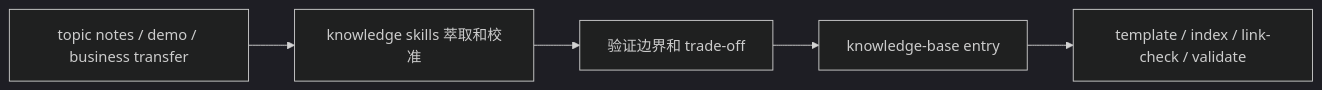
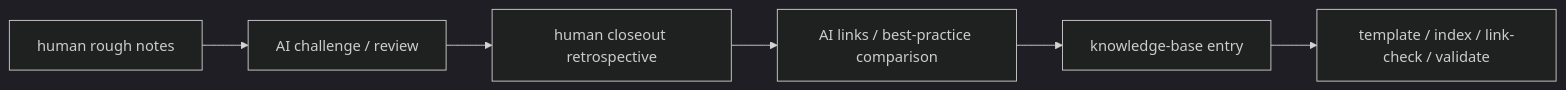
One commit to hedon954/daedalus changed the fourth of 4 diagrams in README.md. Above: the diagram before and after it, drawn with Mermaid (dark theme). The commit also changed other lines of this file and 41 other files, not shown here.

First line of the commit message:
refactor(learning): 确立 human-owned notes 知识协议

````diff
--- a/README.md
+++ b/README.md
@@ -218,7 +217,8 @@
 ```mermaid
 flowchart LR
-    Evidence["topic notes / demo / business transfer"] --> Skill["knowledge skills 萃取和校准"]
-    Skill --> Verify["验证边界和 trade-off"]
-    Verify --> Entry["knowledge-base entry"]
+    Notes["human rough notes"] --> Review["AI challenge / review"]
+    Review --> Retro["human closeout retrospective"]
+    Retro --> Compare["AI links / best-practice comparison"]
+    Compare --> Entry["knowledge-base entry"]
     Entry --> CLI["template / index / link-check / validate"]
 ```
````
